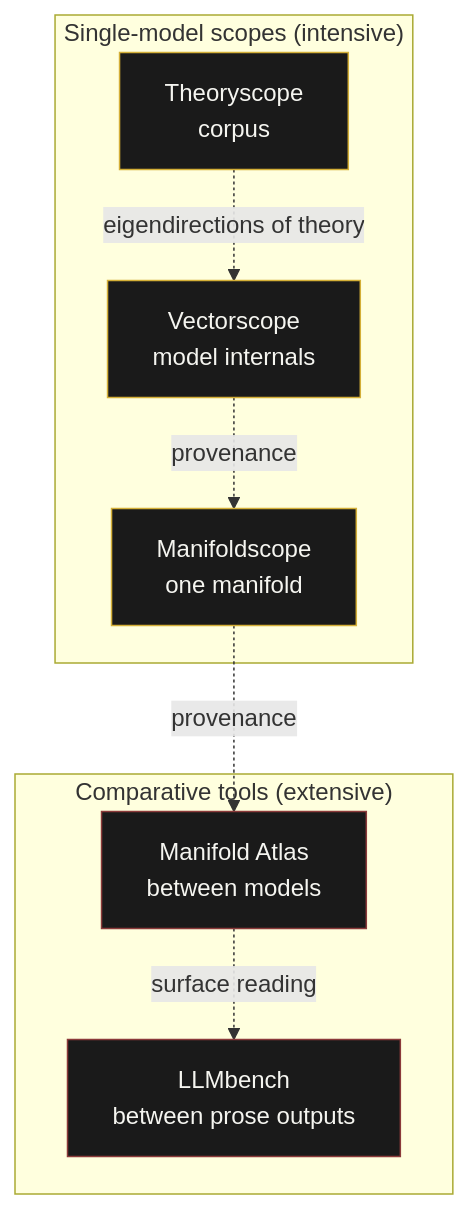
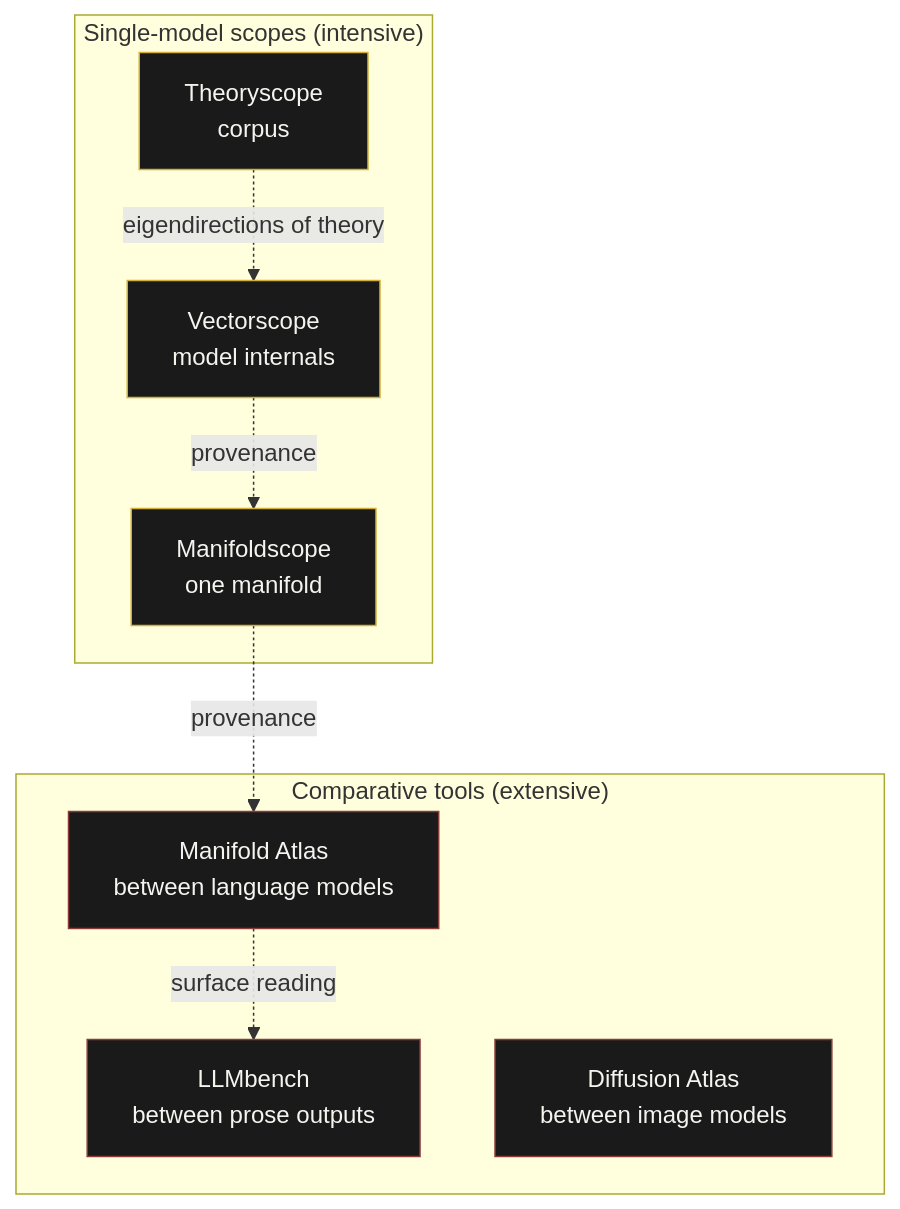
Before and after one commit to vector-lab-tools/.github: the diagram in profile/README.md, drawn with Mermaid. The commit also changed other lines of this file, not shown here.

Commit message:
Add Diffusion Atlas to org profile
Comparative tools list and Mermaid family map both updated to include
Diffusion Atlas (in development) as the third comparative tool.
Manifold Atlas relabeled 'between language models' to make modality
explicit.

````diff
--- a/profile/README.md
+++ b/profile/README.md
@@ -46,23 +51,24 @@
 ```mermaid
 graph TB
   subgraph scopes["Single-model scopes (intensive)"]
     T["Theoryscope\ncorpus"]
     V["Vectorscope\nmodel internals"]
     M["Manifoldscope\none manifold"]
   end
 
   subgraph comparative["Comparative tools (extensive)"]
-    A["Manifold Atlas\nbetween models"]
+    A["Manifold Atlas\nbetween language models"]
     L["LLMbench\nbetween prose outputs"]
+    D["Diffusion Atlas\nbetween image models"]
   end
 
   V -.provenance.-> M
   M -.provenance.-> A
   A -.surface reading.-> L
   T -.eigendirections of theory.-> V
 
   classDef scope fill:#1a1a1a,stroke:#d4af37,color:#f5f5f0,stroke-width:1px;
   classDef comp fill:#1a1a1a,stroke:#8b3a3a,color:#f5f5f0,stroke-width:1px;
   class T,V,M scope;
-  class A,L comp;
+  class A,L,D comp;
 ```
````
